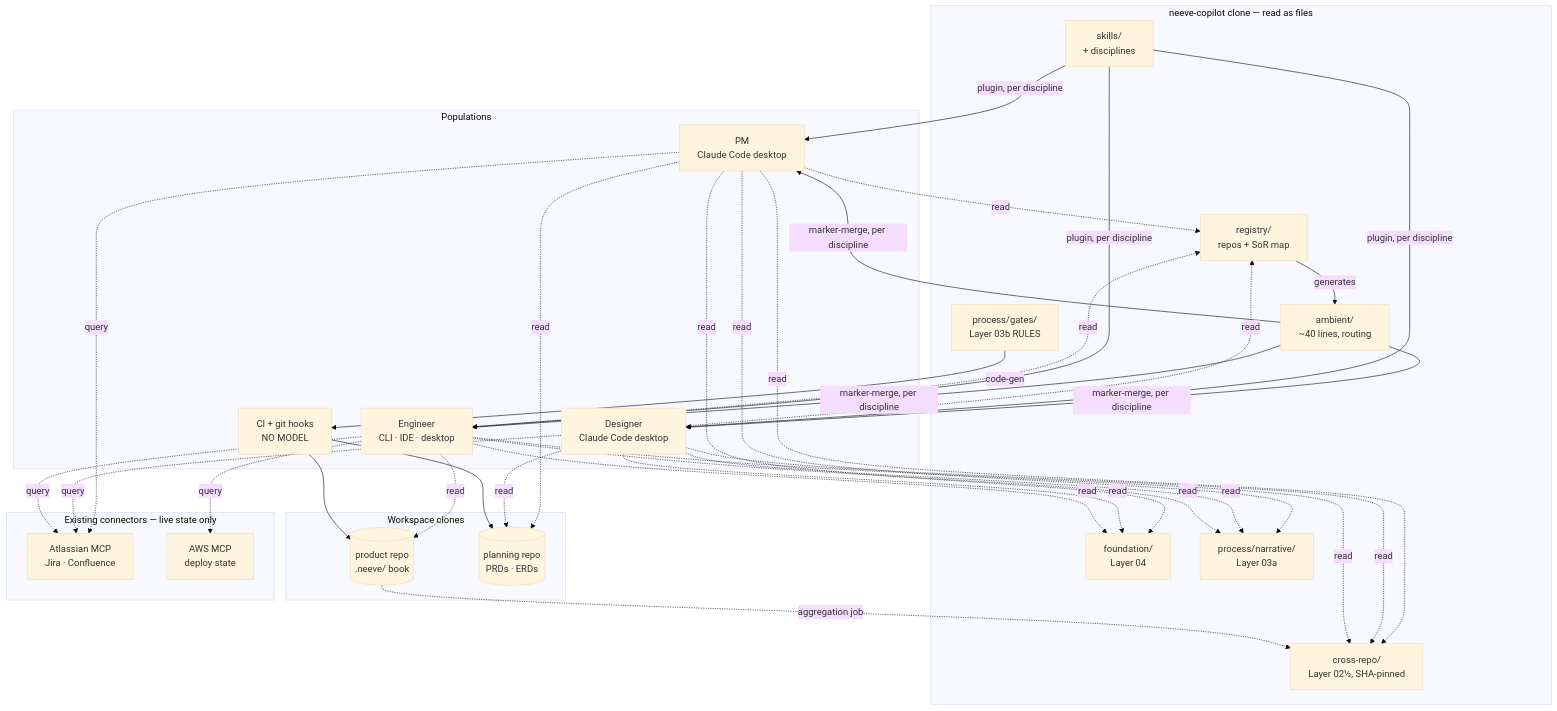
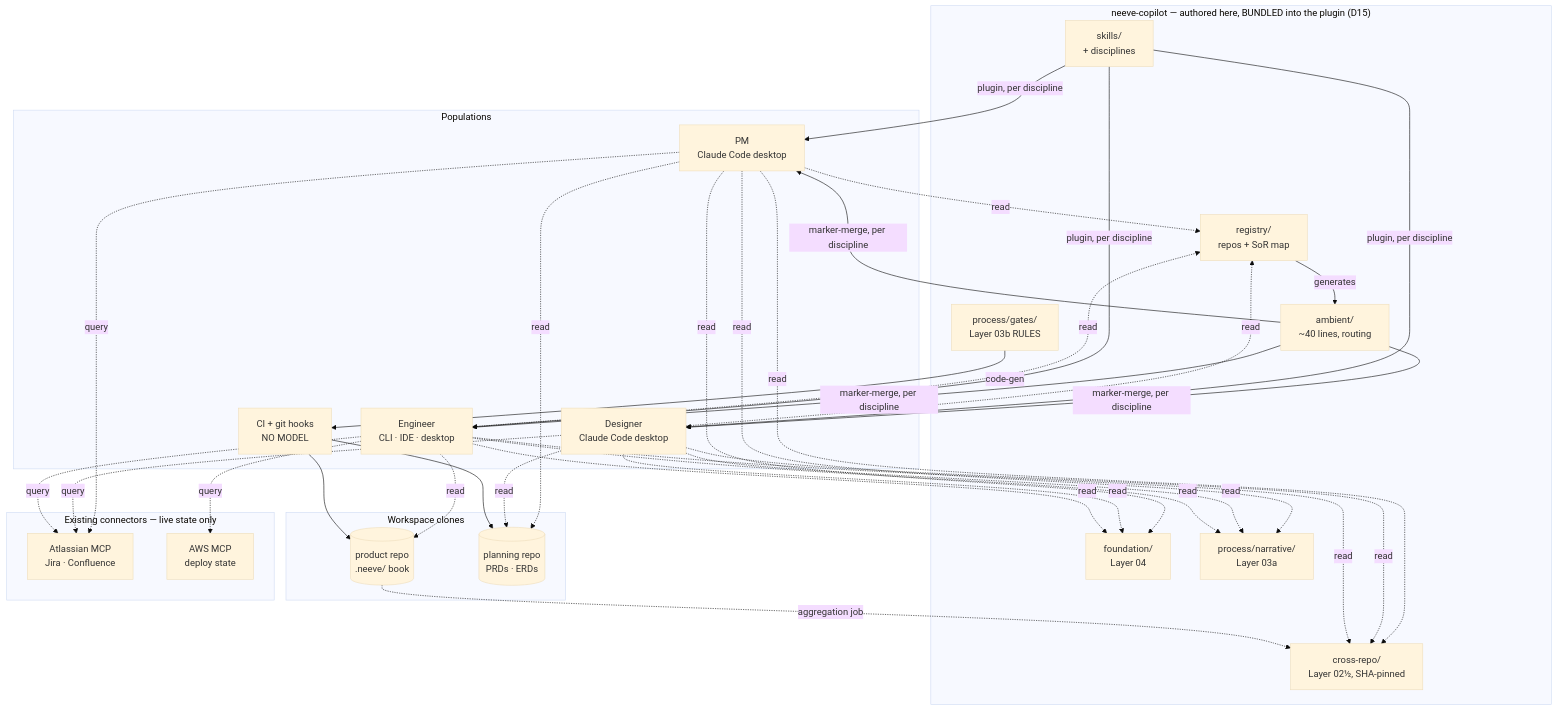
Before and after one commit to neeve-ai/neeve-copilot: the diagram in docs/redesign/ARCHITECTURE.md, drawn with Mermaid (base theme). The commit also changed other lines of this file and 4 other files, not shown here.

````diff
--- a/docs/redesign/ARCHITECTURE.md
+++ b/docs/redesign/ARCHITECTURE.md
@@ -131,42 +136,42 @@
 ```mermaid
 graph TB
     subgraph Populations
         PM[PM<br/>Claude Code desktop]
         UX[Designer<br/>Claude Code desktop]
         ENG[Engineer<br/>CLI · IDE · desktop]
         CI[CI + git hooks<br/>NO MODEL]
     end
 
-    subgraph "neeve-copilot clone — read as files"
+    subgraph "neeve-copilot — authored here, BUNDLED into the plugin (D15)"
         AMB[ambient/<br/>~40 lines, routing]
         FND[foundation/<br/>Layer 04]
         PNAR[process/narrative/<br/>Layer 03a]
         PGATE[process/gates/<br/>Layer 03b RULES]
         XREPO[cross-repo/<br/>Layer 02½, SHA-pinned]
         REG[registry/<br/>repos + SoR map]
         SK[skills/<br/>+ disciplines]
     end
 
     subgraph "Workspace clones"
         CODE[(product repo<br/>.neeve/ book)]
         PLAN[(planning repo<br/>PRDs · ERDs)]
     end
 
     subgraph "Existing connectors — live state only"
         ATL[Atlassian MCP<br/>Jira · Confluence]
         AWS[AWS MCP<br/>deploy state]
     end
 
     AMB -->|marker-merge, per discipline| PM & UX & ENG
     SK -->|plugin, per discipline| PM & UX & ENG
     REG -->|generates| AMB
     PGATE -->|code-gen| CI
 
     PM & UX & ENG -.read.-> FND & PNAR & XREPO & REG
     ENG -.read.-> CODE
     PM & UX -.read.-> PLAN
     PM & UX & ENG -.query.-> ATL
     ENG -.query.-> AWS
     CI --> CODE & PLAN
     CODE -.aggregation job.-> XREPO
 ```
````
